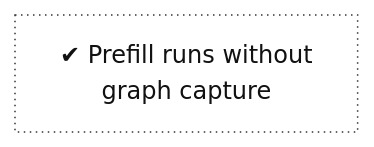
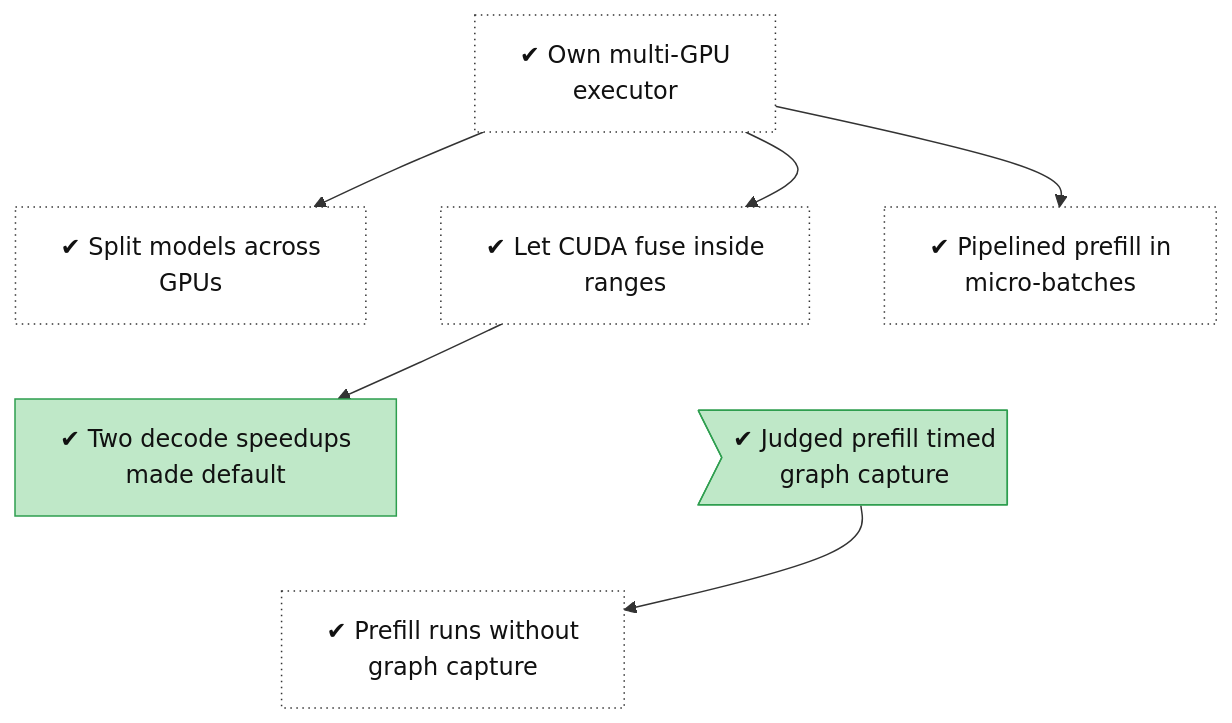
The diagram in docs/roadmap/tracks/multi.md (lhns/tetraeder), drawn with Mermaid before and after one commit. The commit also changed other lines of this file and 9 other files, not shown here.

````diff
--- a/docs/roadmap/tracks/multi.md
+++ b/docs/roadmap/tracks/multi.md
@@ -10,19 +10,39 @@
 ```mermaid
 flowchart TB
+    multi_executor["✔ Own multi-GPU<br/>executor"]
+    multi_sharded["✔ Split models across<br/>GPUs"]
+    multi_graph_views["✔ Let CUDA fuse inside<br/>ranges"]
+    multi_pipelined_prefill["✔ Pipelined prefill in<br/>micro-batches"]
+    multi_decode_toggles["✔ Two decode speedups<br/>made default"]
+    multi_defect_capture>"✔ Judged prefill timed<br/>graph capture"]
     multi_prefill_no_capture["✔ Prefill runs without<br/>graph capture"]
+    multi_executor ~~~ multi_sharded
+    multi_executor ~~~ multi_graph_views
+    multi_executor ~~~ multi_pipelined_prefill
+    multi_sharded ~~~ multi_decode_toggles
+    multi_graph_views ~~~ multi_defect_capture
+    multi_pipelined_prefill ~~~ multi_defect_capture
+    multi_decode_toggles ~~~ multi_prefill_no_capture
+    multi_defect_capture ~~~ multi_prefill_no_capture
+    multi_executor --> multi_sharded
+    multi_executor --> multi_graph_views
+    multi_executor --> multi_pipelined_prefill
+    multi_graph_views --> multi_decode_toggles
+    multi_defect_capture --> multi_prefill_no_capture
     classDef vsucc fill:#2e9e4f,stroke:#1b6b34,color:#fff
     classDef succ fill:#bfe8c8,stroke:#2e9e4f,color:#111
     classDef mixed fill:#ffd37a,stroke:#c98a00,color:#111
     classDef bad fill:#f28b82,stroke:#b3261e,color:#111
     classDef dead fill:#e6e6e6,stroke:#777,stroke-dasharray:5 5,color:#555
     classDef inprog fill:#a8cdf5,stroke:#1f6fc5,color:#111
     classDef next fill:#fff,stroke:#333,color:#111
     classDef blocked fill:#fff,stroke:#b3261e,stroke-dasharray:2 2,color:#111
     classDef parked fill:#f3f3f3,stroke:#999,color:#555
     classDef unrated fill:#fff,stroke:#333,stroke-dasharray:1 3,color:#111
     classDef gate fill:#d9c2f0,stroke:#7b3fb5,color:#111
     classDef decided fill:#ece0f7,stroke:#7b3fb5,stroke-dasharray:2 2,color:#111
     classDef finding fill:#ffe0b2,stroke:#d84315,stroke-width:2px,color:#111
     classDef waiting fill:#e3f2fd,stroke:#1f6fc5,stroke-dasharray:5 5,color:#111
-    class multi_prefill_no_capture unrated
+    class multi_executor,multi_sharded,multi_graph_views,multi_pipelined_prefill,multi_prefill_no_capture unrated
+    class multi_decode_toggles,multi_defect_capture succ
 ```
````
